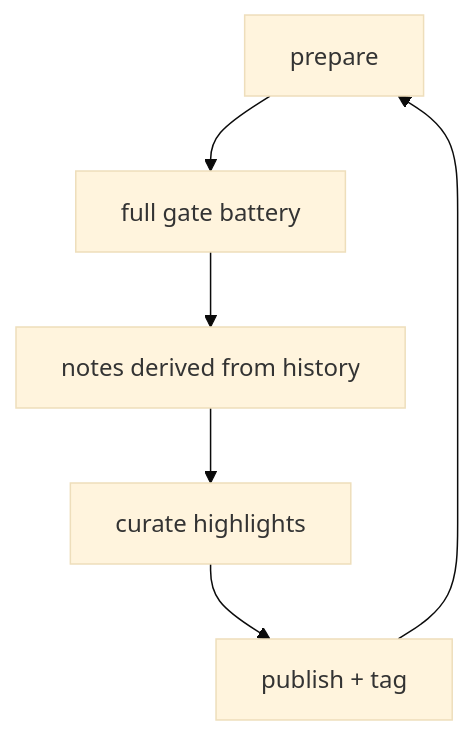
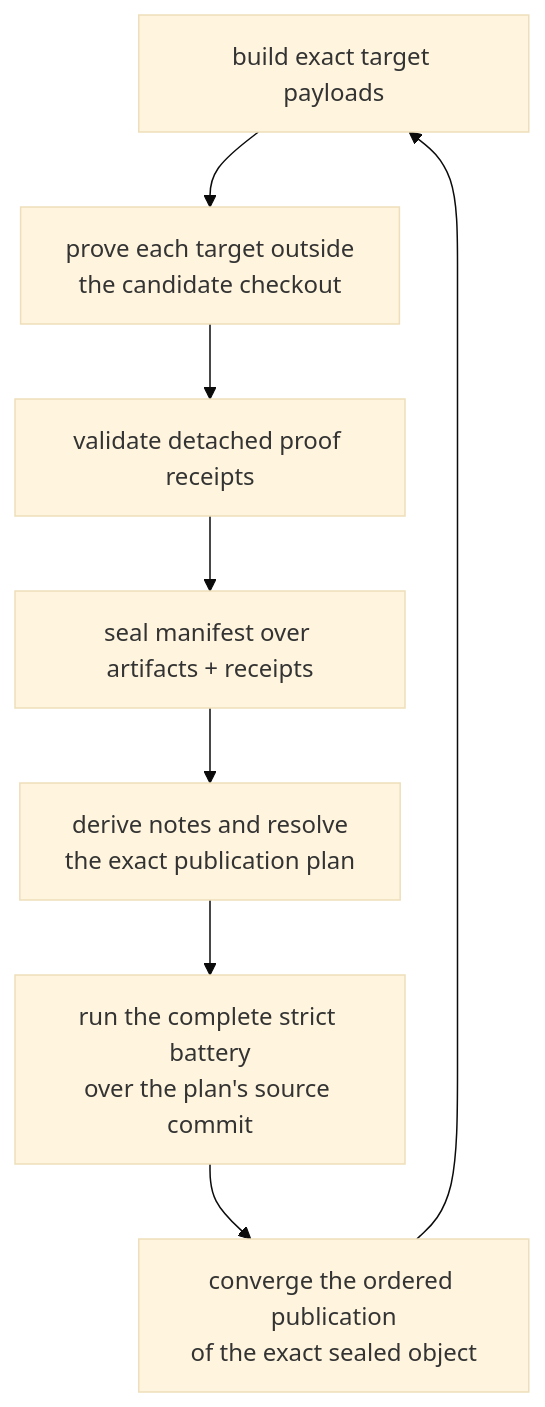
One commit to infimalabs/spice-rust changed the fifth of 14 diagrams in docs/product/model/boundaries.md. Above: the diagram before and after it, drawn with Mermaid (base theme). The commit also changed other lines of this file and 71 other files, not shown here.

````diff
--- a/docs/product/model/boundaries.md
+++ b/docs/product/model/boundaries.md
@@ -79,8 +68,10 @@
 ```mermaid
 flowchart TD
-  P["prepare"] --> G["full gate battery"]
-  G --> N["notes derived from history"]
-  N --> C["curate highlights"]
-  C --> PUB["publish + tag"]
-  PUB --> P
+  B["build exact target payloads"] --> X["prove each target outside<br/>the candidate checkout"]
+  X --> R["validate detached proof receipts"]
+  R --> S["seal manifest over artifacts + receipts"]
+  S --> N["derive notes and resolve<br/>the exact publication plan"]
+  N --> G["run the complete strict battery<br/>over the plan's source commit"]
+  G --> PUB["converge the ordered publication<br/>of the exact sealed object"]
+  PUB --> B
 ```
````
